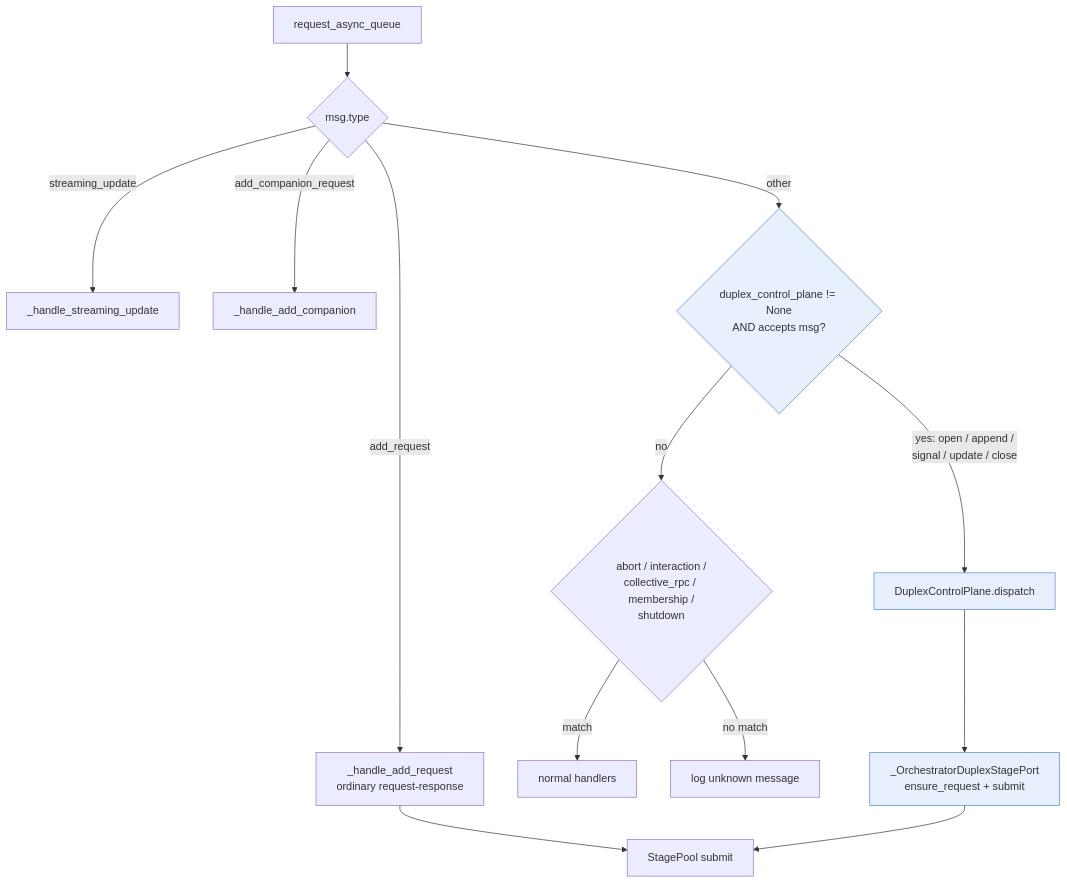
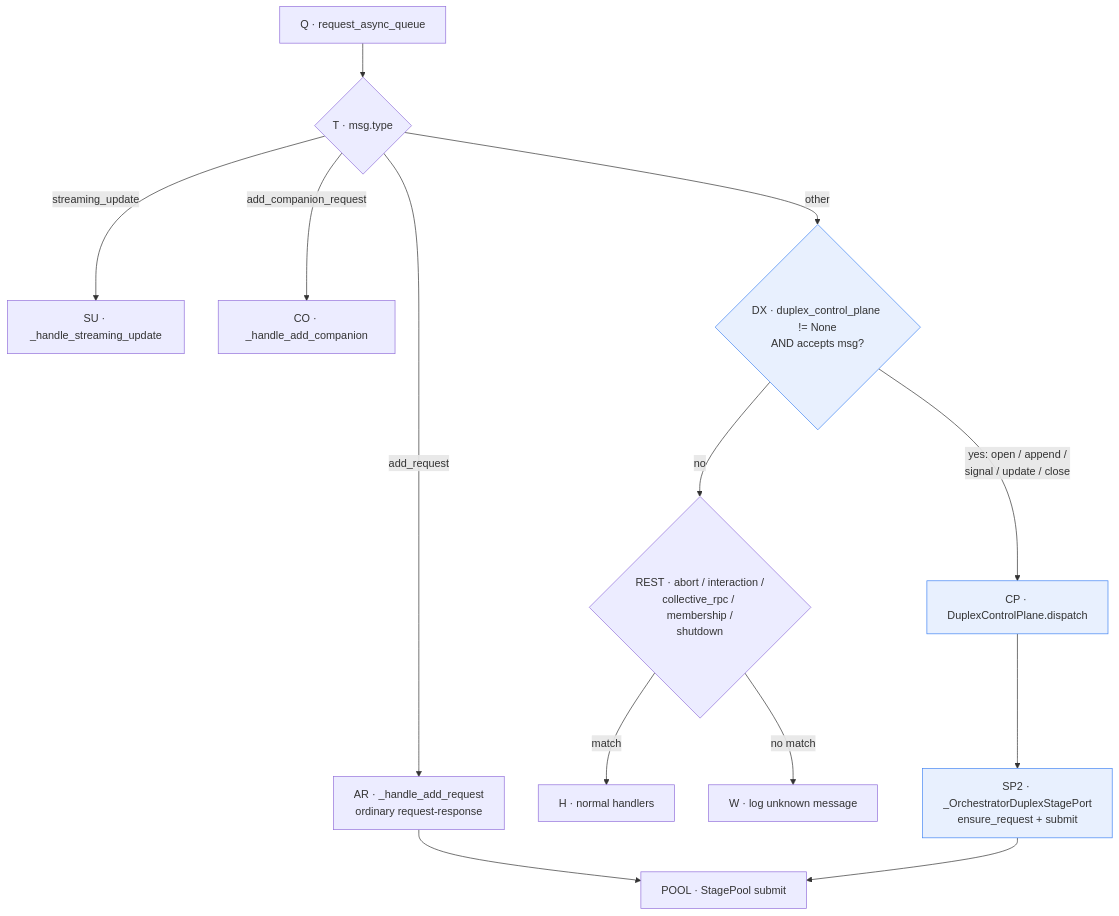
One commit to chickeyton/vllm-omni changed the third of 5 diagrams in FULLDUPLEX_MIGRATION_DESIGN.md. Above: the diagram before and after it, drawn with Mermaid. The commit also changed other lines of this file and 8 other files, not shown here.

````diff
--- a/FULLDUPLEX_MIGRATION_DESIGN.md
+++ b/FULLDUPLEX_MIGRATION_DESIGN.md
@@ -302,20 +339,20 @@
 ```mermaid
 flowchart TD
-    Q[request_async_queue] --> T{msg.type}
-    T -->|add_request| AR[_handle_add_request<br/>ordinary request-response]
-    T -->|streaming_update| SU[_handle_streaming_update]
-    T -->|add_companion_request| CO[_handle_add_companion]
-    T -->|other| DX{duplex_control_plane != None<br/>AND accepts msg?}
-    DX -->|yes: open / append /<br/>signal / update / close| CP[DuplexControlPlane.dispatch]
-    DX -->|no| REST{abort / interaction /<br/>collective_rpc / membership /<br/>shutdown}
-    REST -->|match| H[normal handlers]
-    REST -->|no match| W[log unknown message]
+    Q[Q · request_async_queue] --> T{T · msg.type}
+    T -->|add_request| AR[AR · _handle_add_request<br/>ordinary request-response]
+    T -->|streaming_update| SU[SU · _handle_streaming_update]
+    T -->|add_companion_request| CO[CO · _handle_add_companion]
+    T -->|other| DX{DX · duplex_control_plane != None<br/>AND accepts msg?}
+    DX -->|yes: open / append /<br/>signal / update / close| CP[CP · DuplexControlPlane.dispatch]
+    DX -->|no| REST{REST · abort / interaction /<br/>collective_rpc / membership /<br/>shutdown}
+    REST -->|match| H[H · normal handlers]
+    REST -->|no match| W[W · log unknown message]
 
-    CP --> SP2[_OrchestratorDuplexStagePort<br/>ensure_request + submit]
-    AR --> POOL[StagePool submit]
+    CP --> SP2[SP2 · _OrchestratorDuplexStagePort<br/>ensure_request + submit]
+    AR --> POOL[POOL · StagePool submit]
     SP2 --> POOL
 
     style DX fill:#e8f0fe,stroke:#4285f4
     style CP fill:#e8f0fe,stroke:#4285f4
     style SP2 fill:#e8f0fe,stroke:#4285f4
 ```
````
